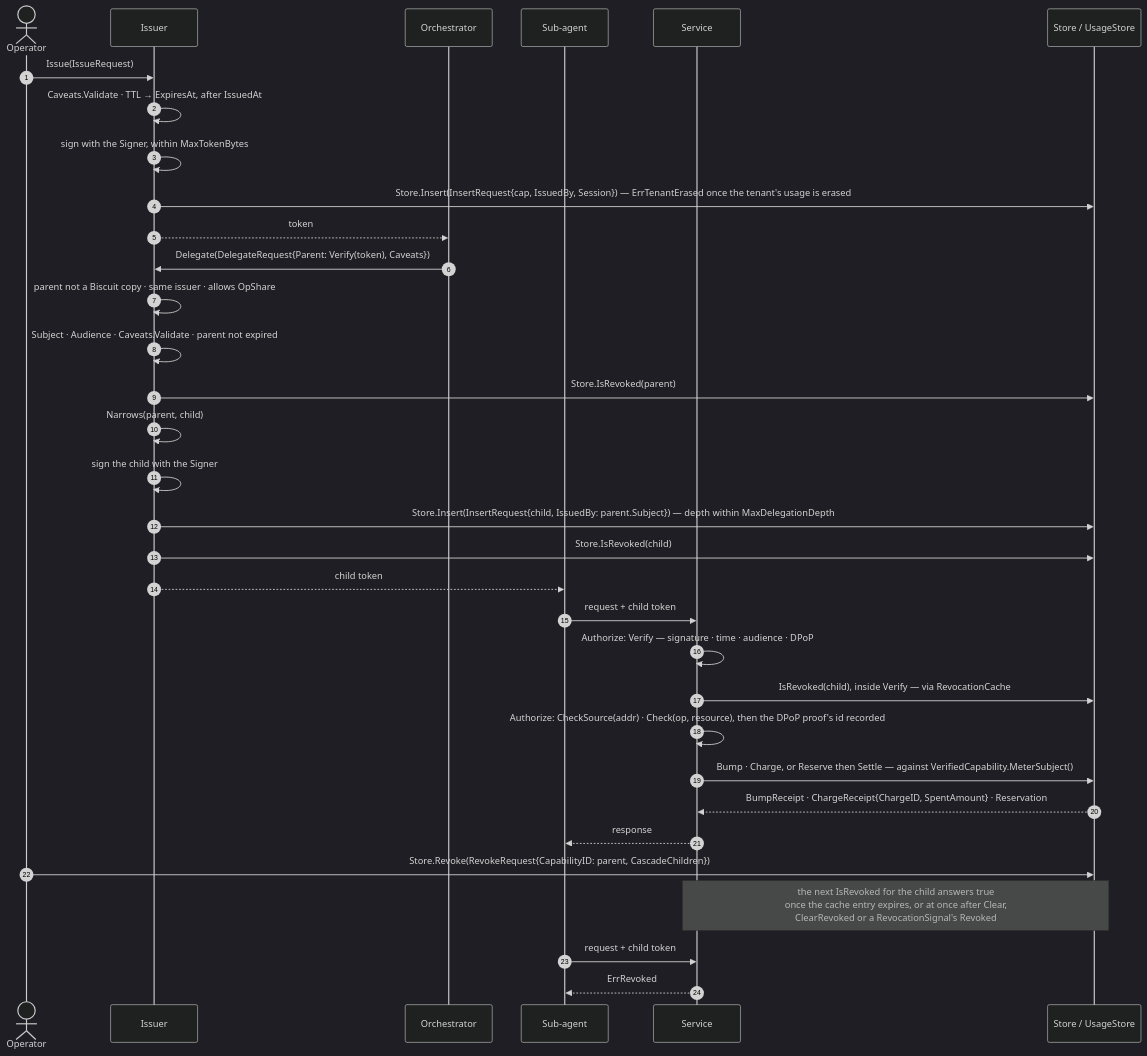
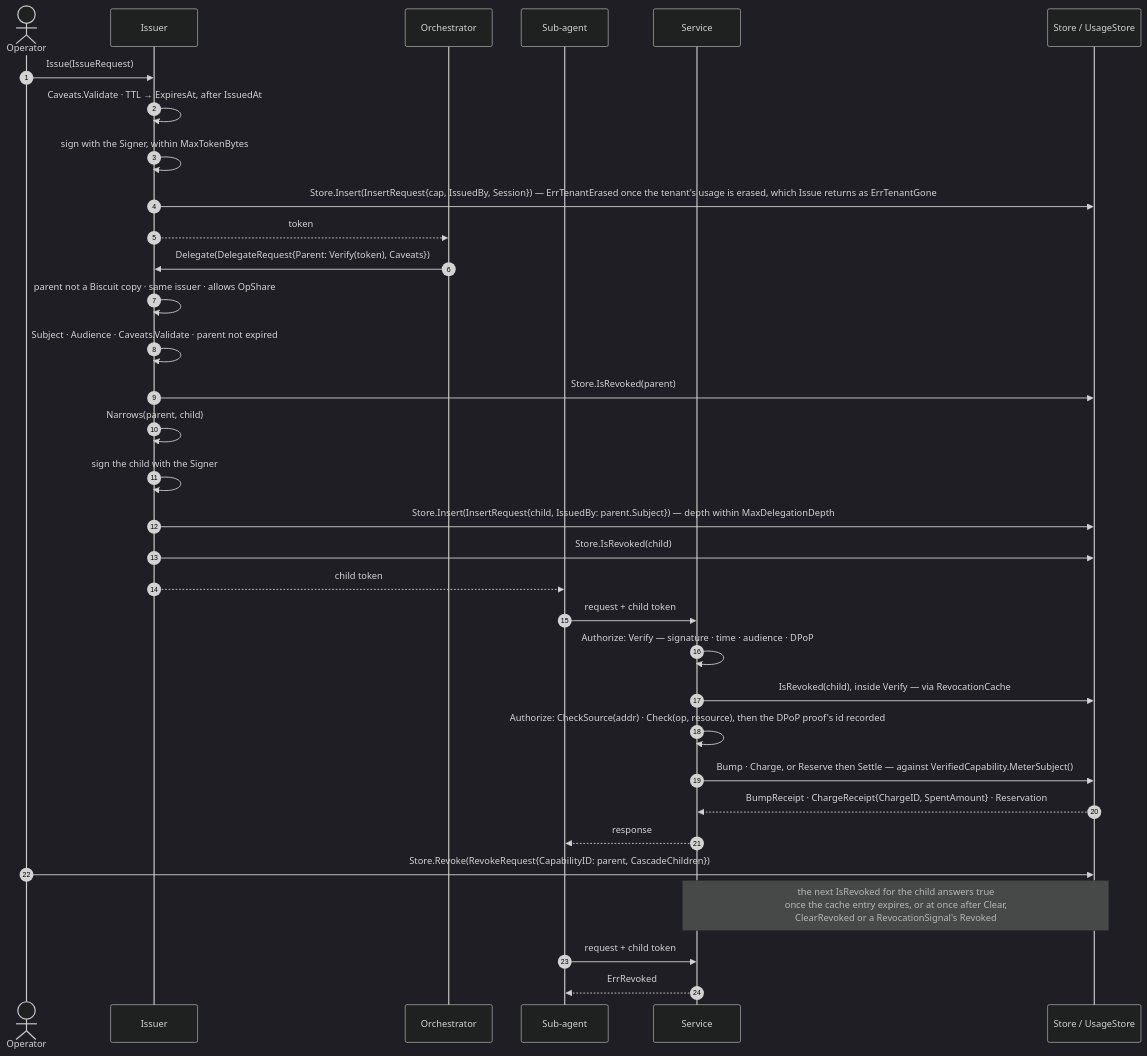
One commit to oleg-tkachuk/limes changed the second of 16 diagrams in docs/diagrams.md. Above: the diagram before and after it, drawn with Mermaid (dark theme). The commit also changed other lines of this file and 13 other files, not shown here.

````diff
--- a/docs/diagrams.md
+++ b/docs/diagrams.md
@@ -185,39 +185,39 @@
 ```mermaid
 sequenceDiagram
     autonumber
     actor Op as Operator
     participant I as Issuer
     participant O as Orchestrator
     participant W as Sub-agent
     participant S as Service
     participant St as Store / UsageStore
 
     Op->>I: Issue(IssueRequest)
     I->>I: Caveats.Validate · TTL → ExpiresAt, after IssuedAt
     I->>I: sign with the Signer, within MaxTokenBytes
-    I->>St: Store.Insert(InsertRequest{cap, IssuedBy, Session}) — ErrTenantErased once the tenant's usage is erased
+    I->>St: Store.Insert(InsertRequest{cap, IssuedBy, Session}) — ErrTenantErased once the tenant's usage is erased, which Issue returns as ErrTenantGone
     I-->>O: token
 
     O->>I: Delegate(DelegateRequest{Parent: Verify(token), Caveats})
     I->>I: parent not a Biscuit copy · same issuer · allows OpShare
     I->>I: Subject · Audience · Caveats.Validate · parent not expired
     I->>St: Store.IsRevoked(parent)
     I->>I: Narrows(parent, child)
     I->>I: sign the child with the Signer
     I->>St: Store.Insert(InsertRequest{child, IssuedBy: parent.Subject}) — depth within MaxDelegationDepth
     I->>St: Store.IsRevoked(child)
     I-->>W: child token
 
     W->>S: request + child token
     S->>S: Authorize: Verify — signature · time · audience · DPoP
     S->>St: IsRevoked(child), inside Verify — via RevocationCache
     S->>S: Authorize: CheckSource(addr) · Check(op, resource), then the DPoP proof's id recorded
     S->>St: Bump · Charge, or Reserve then Settle — against VerifiedCapability.MeterSubject()
     St-->>S: BumpReceipt · ChargeReceipt{ChargeID, SpentAmount} · Reservation
     S-->>W: response
 
     Op->>St: Store.Revoke(RevokeRequest{CapabilityID: parent, CascadeChildren})
     Note over S,St: the next IsRevoked for the child answers true<br/>once the cache entry expires, or at once after Clear,<br/>ClearRevoked or a RevocationSignal's Revoked
     W->>S: request + child token
     S-->>W: ErrRevoked
 ```
````
